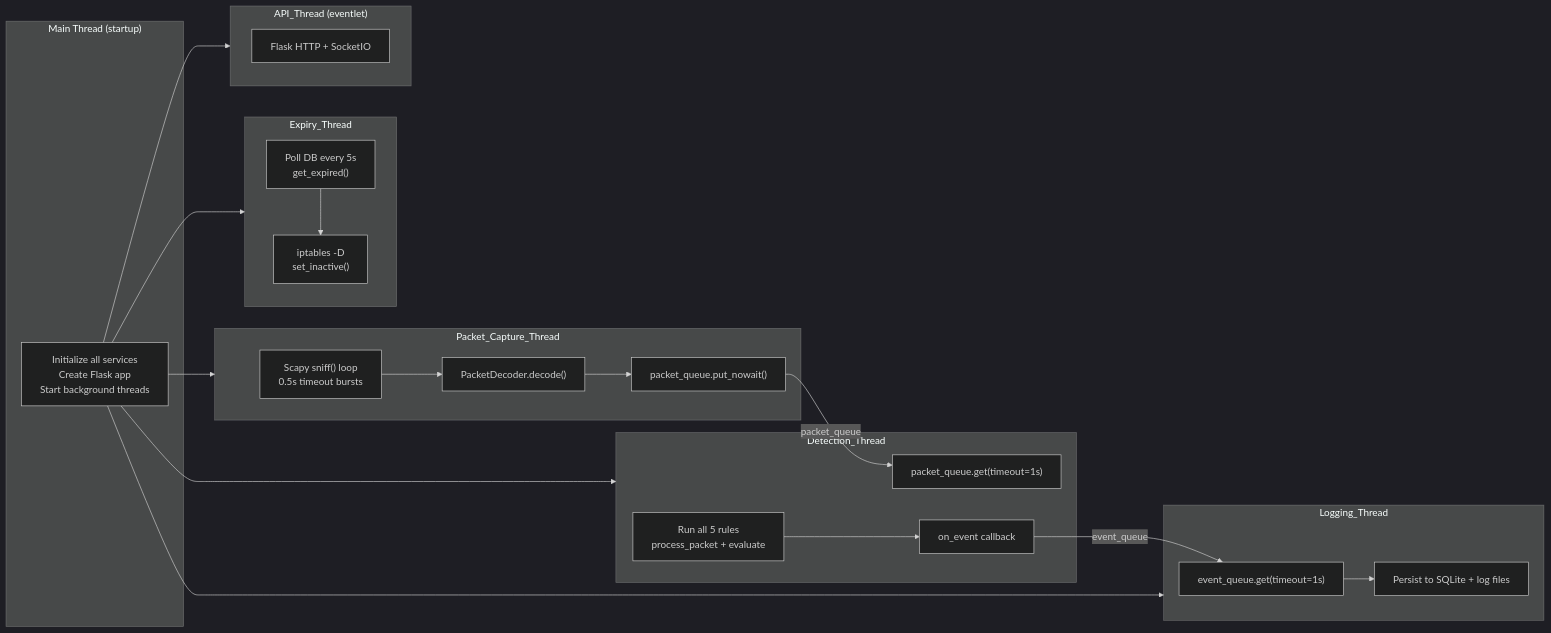
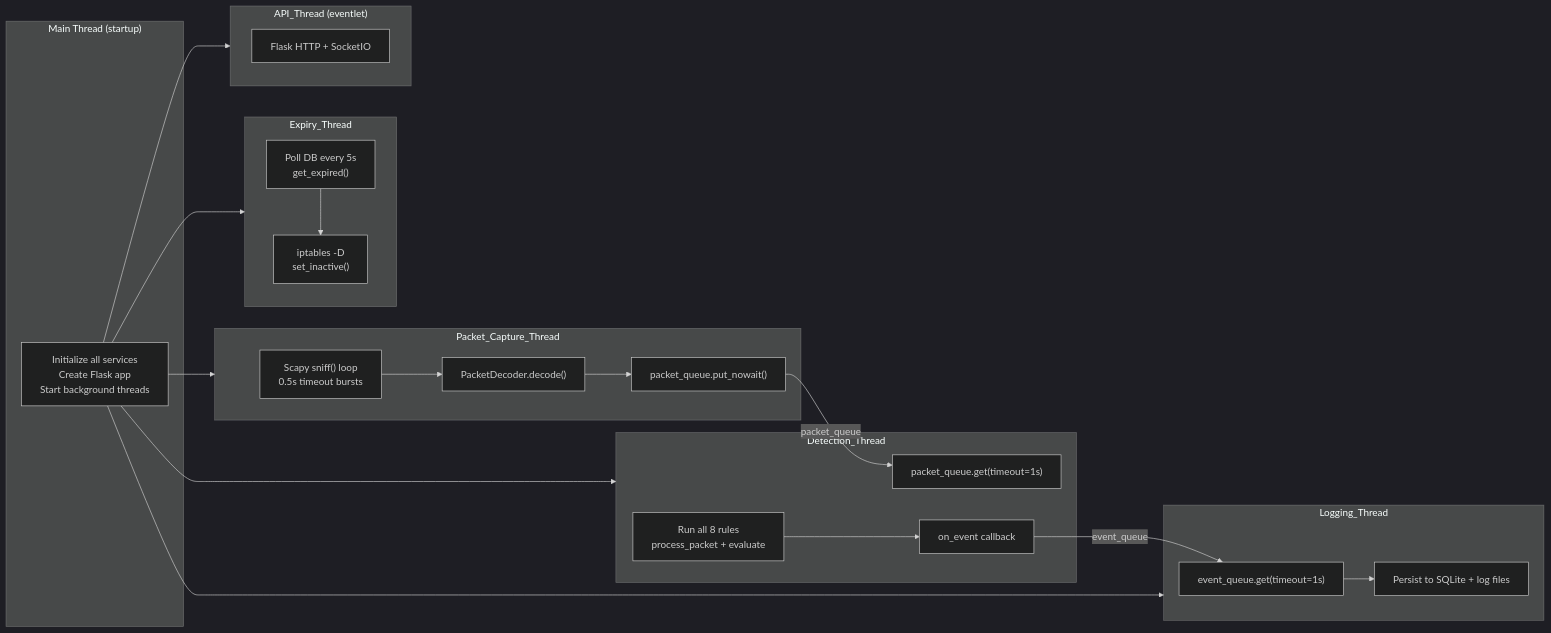
The second of 7 diagrams in docs/ARCHITECTURE.md (The-Bugger/Net-Guard), drawn with Mermaid (dark theme) before and after one commit. The commit also changed other lines of this file and 77 other files, not shown here.

````diff
--- a/docs/ARCHITECTURE.md
+++ b/docs/ARCHITECTURE.md
@@ -84,35 +87,35 @@
 ```mermaid
 graph LR
     subgraph Main["Main Thread (startup)"]
         INIT["Initialize all services\nCreate Flask app\nStart background threads"]
     end
     subgraph PCT["Packet_Capture_Thread"]
         SNIFF["Scapy sniff() loop\n0.5s timeout bursts"]
         DEC["PacketDecoder.decode()"]
         SNF["packet_queue.put_nowait()"]
     end
     subgraph DT["Detection_Thread"]
         DGET["packet_queue.get(timeout=1s)"]
-        DRULE["Run all 5 rules\nprocess_packet + evaluate"]
+        DRULE["Run all 8 rules\nprocess_packet + evaluate"]
         DCALL["on_event callback"]
     end
     subgraph LT["Logging_Thread"]
         LGET["event_queue.get(timeout=1s)"]
         LPERS["Persist to SQLite + log files"]
     end
     subgraph ET2["Expiry_Thread"]
         EPOLL["Poll DB every 5s\nget_expired()"]
         EREM["iptables -D\nset_inactive()"]
     end
     subgraph AT["API_Thread (eventlet)"]
         FLASK2["Flask HTTP + SocketIO"]
     end
 
     INIT --> PCT & DT & LT & ET2 & AT
     SNIFF --> DEC --> SNF
     SNF -->|packet_queue| DGET
     DRULE --> DCALL
     DCALL -->|event_queue| LGET
     LGET --> LPERS
     EPOLL --> EREM
 ```
````
